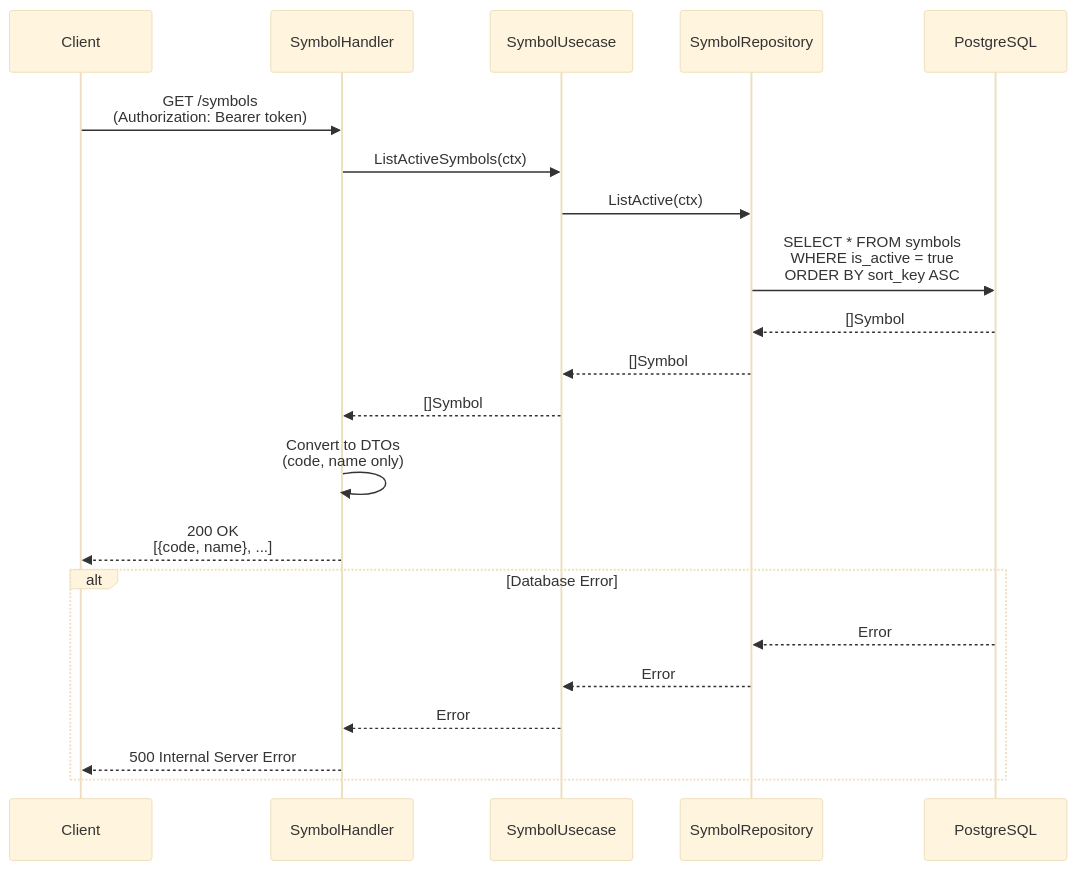
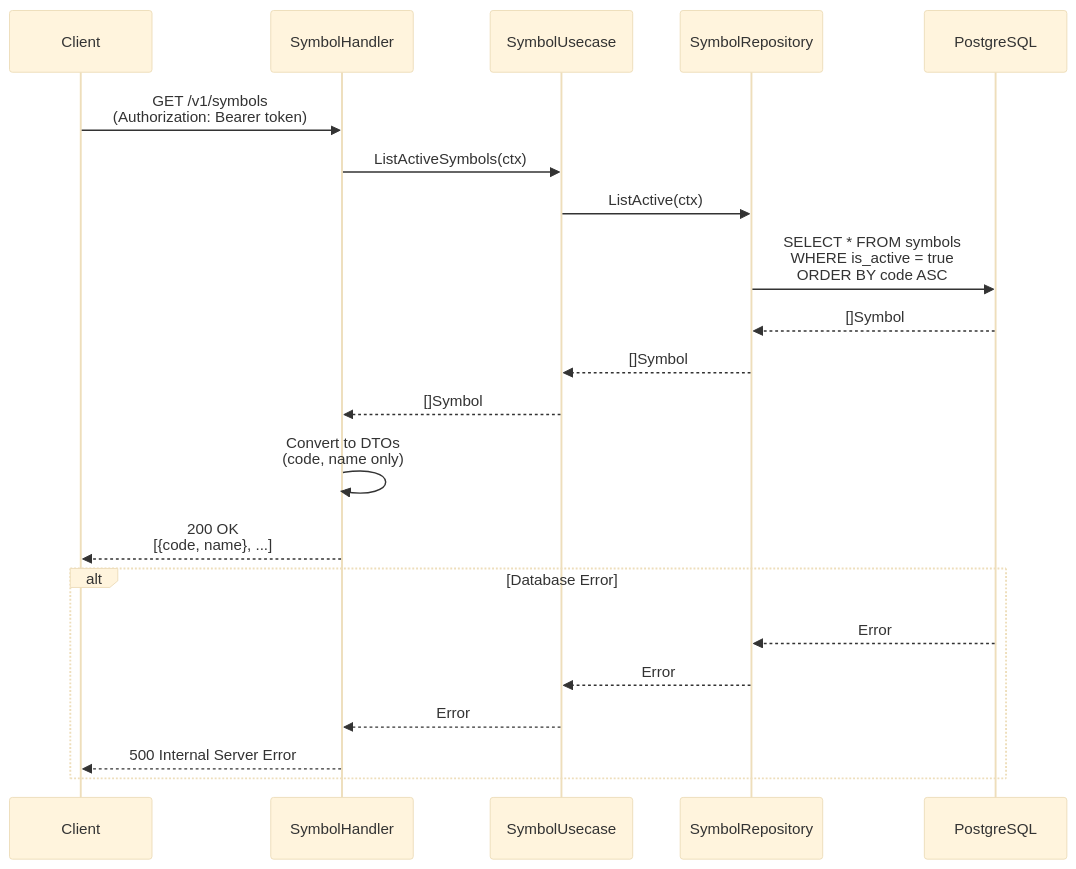
Before and after one commit to UCHIDAnobuhiro/stock_backend: the first of 2 diagrams in internal/feature/symbollist/README.md, drawn with Mermaid (base theme). The commit also changed other lines of this file and 6 other files, not shown here.

````diff
--- a/internal/feature/symbollist/README.md
+++ b/internal/feature/symbollist/README.md
@@ -17,25 +17,25 @@
 ```mermaid
 sequenceDiagram
     participant Client
     participant Handler as SymbolHandler
     participant Usecase as SymbolUsecase
     participant Repository as SymbolRepository
     participant DB as PostgreSQL
 
-    Client->>Handler: GET /symbols<br/>(Authorization: Bearer token)
+    Client->>Handler: GET /v1/symbols<br/>(Authorization: Bearer token)
     Handler->>Usecase: ListActiveSymbols(ctx)
     Usecase->>Repository: ListActive(ctx)
-    Repository->>DB: SELECT * FROM symbols<br/>WHERE is_active = true<br/>ORDER BY sort_key ASC
+    Repository->>DB: SELECT * FROM symbols<br/>WHERE is_active = true<br/>ORDER BY code ASC
     DB-->>Repository: []Symbol
     Repository-->>Usecase: []Symbol
     Usecase-->>Handler: []Symbol
     Handler->>Handler: Convert to DTOs<br/>(code, name only)
     Handler-->>Client: 200 OK<br/>[{code, name}, ...]
 
     alt Database Error
         DB-->>Repository: Error
         Repository-->>Usecase: Error
         Usecase-->>Handler: Error
         Handler-->>Client: 500 Internal Server Error
     end
 ```
````
